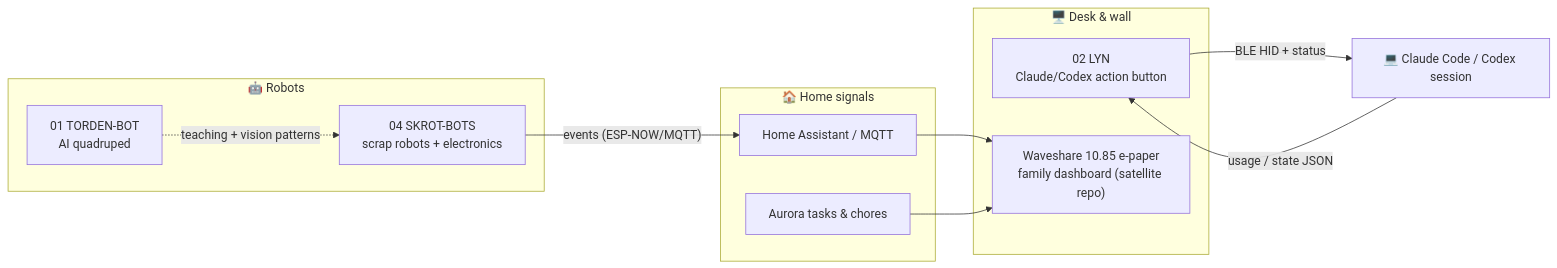
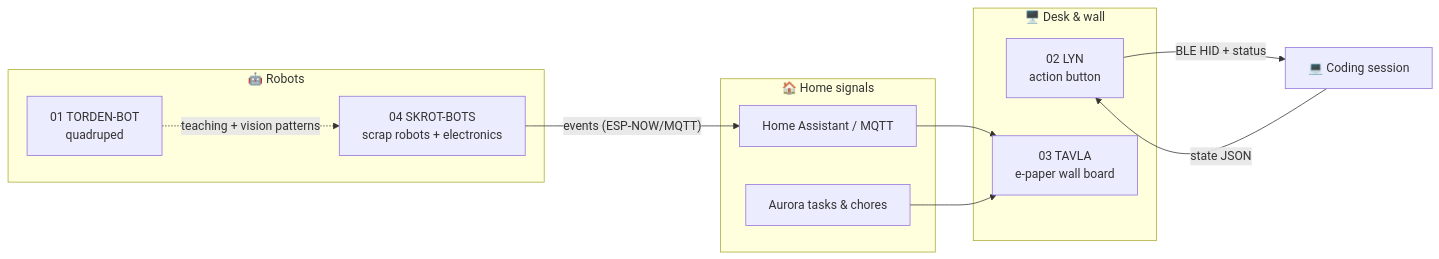
Before and after one commit to bjadda/TORDEN-familylab: the first of 6 diagrams in README.md, drawn with Mermaid. The commit also changed other lines of this file and 5 other files, not shown here.

First line of the commit message:
docs: fun visual README — hero banner, bot icons, badges, TAVLA naming

````diff
--- a/README.md
+++ b/README.md
@@ -15,23 +67,23 @@
 ```mermaid
 flowchart LR
     subgraph bots["🤖 Robots"]
-        BOT["01 TORDEN-BOT<br/>AI quadruped"]
+        BOT["01 TORDEN-BOT<br/>quadruped"]
         SKROT["04 SKROT-BOTS<br/>scrap robots + electronics"]
     end
     subgraph desk["🖥️ Desk & wall"]
-        LYN["02 LYN<br/>Claude/Codex action button"]
-        EPD["Waveshare 10.85 e-paper<br/>family dashboard (satellite repo)"]
+        LYN["02 LYN<br/>action button"]
+        EPD["03 TAVLA<br/>e-paper wall board"]
     end
     subgraph home["🏠 Home signals"]
         HA["Home Assistant / MQTT"]
         AUR["Aurora tasks & chores"]
     end
-    PC["💻 Claude Code / Codex session"]
+    PC["💻 Coding session"]
 
     LYN -- "BLE HID + status" --> PC
-    PC -- "usage / state JSON" --> LYN
+    PC -- "state JSON" --> LYN
     SKROT -- "events (ESP-NOW/MQTT)" --> HA
     HA --> EPD
     AUR --> EPD
     BOT -. "teaching + vision patterns" .-> SKROT
 ```
````
